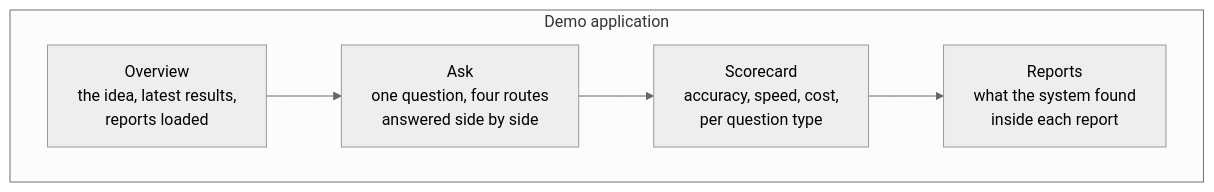
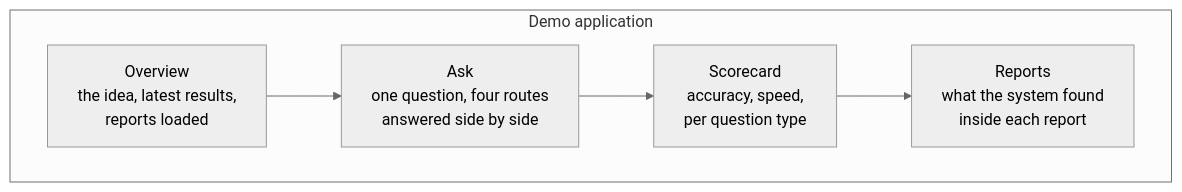
Before and after one commit to PradeepDhawanRedburn/research-ai-poc: the third of 3 diagrams in docs/EXECUTIVE_OVERVIEW.md, drawn with Mermaid (neutral theme). The commit also changed other lines of this file and 33 other files, not shown here.

````diff
--- a/docs/EXECUTIVE_OVERVIEW.md
+++ b/docs/EXECUTIVE_OVERVIEW.md
@@ -85,10 +85,10 @@
 ```mermaid
 flowchart TB
     subgraph App["Demo application"]
         O["Overview<br/>the idea, latest results,<br/>reports loaded"]
         K["Ask<br/>one question, four routes<br/>answered side by side"]
-        S["Scorecard<br/>accuracy, speed, cost,<br/>per question type"]
+        S["Scorecard<br/>accuracy, speed,<br/>per question type"]
         R["Reports<br/>what the system found<br/>inside each report"]
     end
     O --> K --> S --> R
 ```
````
